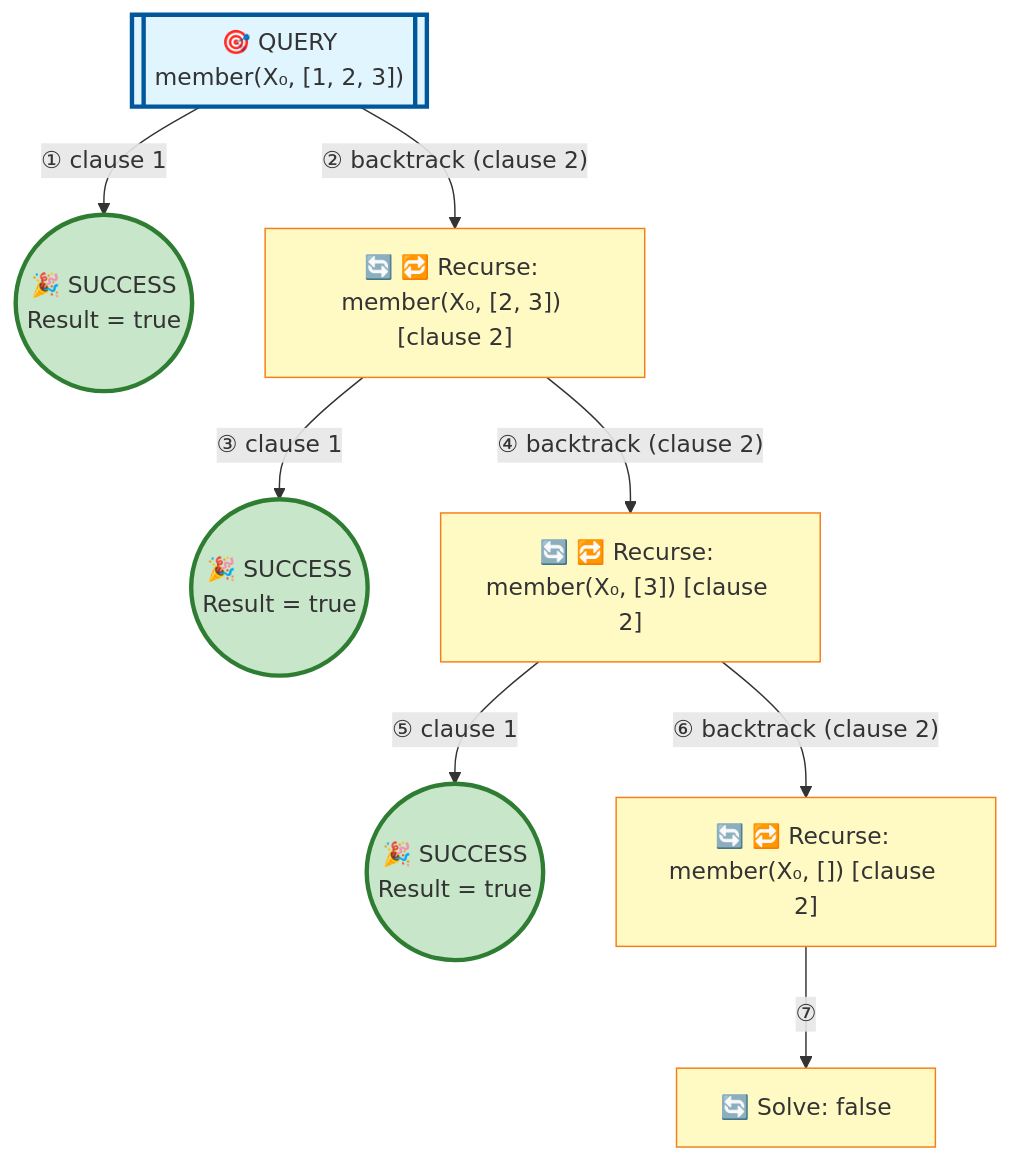
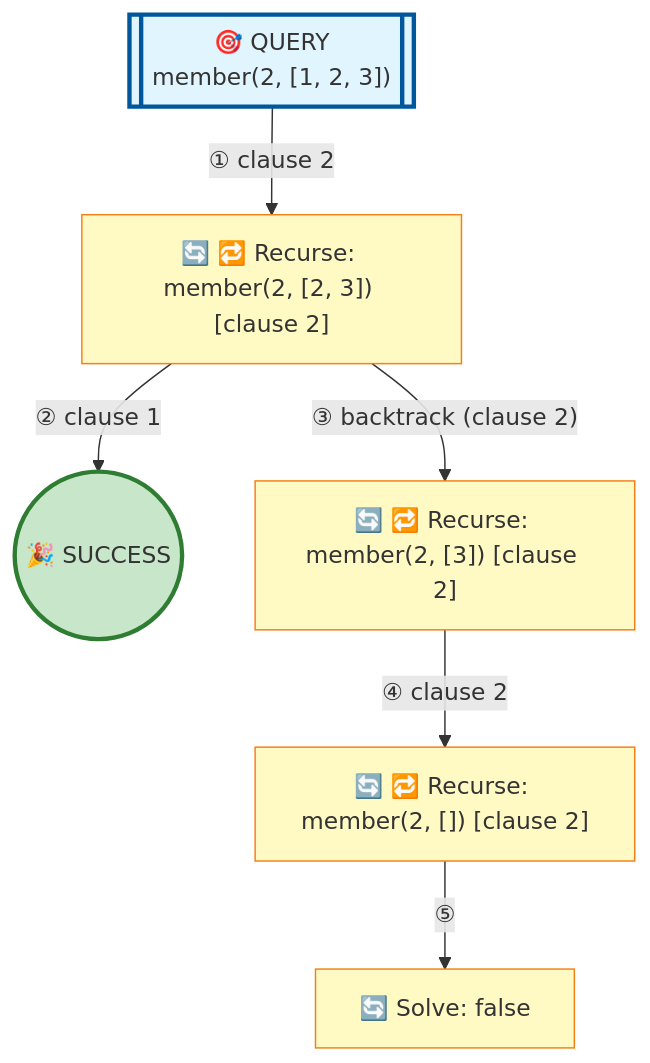
One commit to jarecsni/prolog-trace-viz changed the diagram in examples/member-standard.md. Above: the diagram before and after it, drawn with Mermaid. The commit also changed other lines of this file and 14 other files, not shown here.

````diff
--- a/examples/member-standard.md
+++ b/examples/member-standard.md
@@ -16,32 +16,26 @@
 ```mermaid
 graph TD
 
 %% Nodes
-A[["🎯 QUERY<br/>member(X₀, [1, 2, 3])"]]
-B(("🎉 SUCCESS<br/>Result = true"))
-C["🔄 🔁 Recurse: member(X₀, [2, 3]) [clause 2]"]
-D(("🎉 SUCCESS<br/>Result = true"))
-E["🔄 🔁 Recurse: member(X₀, [3]) [clause 2]"]
-F(("🎉 SUCCESS<br/>Result = true"))
-G["🔄 🔁 Recurse: member(X₀, []) [clause 2]"]
-H["🔄 Solve: false"]
+A[["🎯 QUERY<br/>member(2, [1, 2, 3])"]]
+B["🔄 🔁 Recurse: member(2, [2, 3]) [clause 2]"]
+C(("🎉 SUCCESS"))
+D["🔄 🔁 Recurse: member(2, [3]) [clause 2]"]
+E["🔄 🔁 Recurse: member(2, []) [clause 2]"]
+F["🔄 Solve: false"]
 
 %% Edges
-A -->|"① clause 1"| B
-A -->|"② backtrack (clause 2)"| C
-C -->|"③ clause 1"| D
-C -->|"④ backtrack (clause 2)"| E
-E -->|"⑤ clause 1"| F
-E -->|"⑥ backtrack (clause 2)"| G
-G -->|"⑦"| H
+A -->|"① clause 2"| B
+B -->|"② clause 1"| C
+B -->|"③ backtrack (clause 2)"| D
+D -->|"④ clause 2"| E
+E -->|"⑤"| F
 
 %% Styles
 style A fill:#e1f5ff,stroke:#01579b,stroke-width:3px
-style B fill:#c8e6c9,stroke:#2e7d32,stroke-width:3px
-style C fill:#fff9c4,stroke:#f57f17
-style D fill:#c8e6c9,stroke:#2e7d32,stroke-width:3px
+style B fill:#fff9c4,stroke:#f57f17
+style C fill:#c8e6c9,stroke:#2e7d32,stroke-width:3px
+style D fill:#fff9c4,stroke:#f57f17
 style E fill:#fff9c4,stroke:#f57f17
-style F fill:#c8e6c9,stroke:#2e7d32,stroke-width:3px
-style G fill:#fff9c4,stroke:#f57f17
-style H fill:#fff9c4,stroke:#f57f17
+style F fill:#fff9c4,stroke:#f57f17
 ```
````
